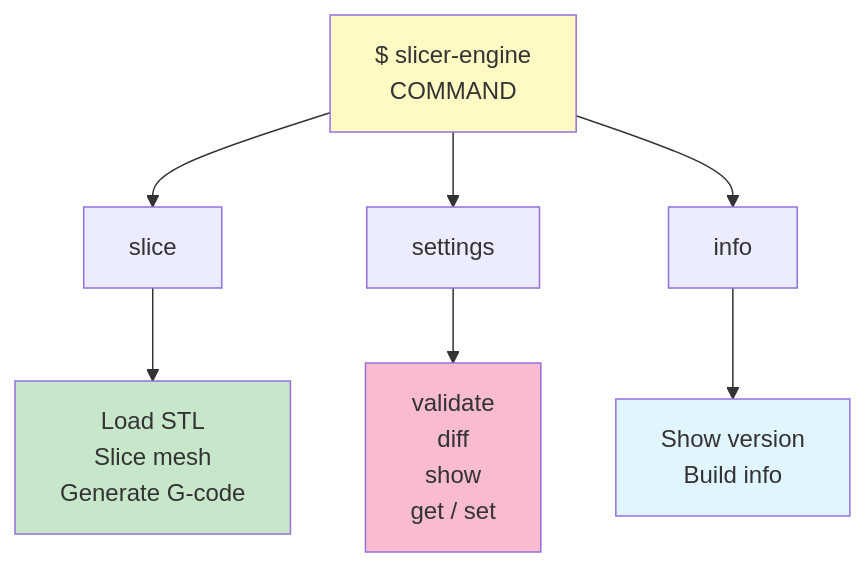
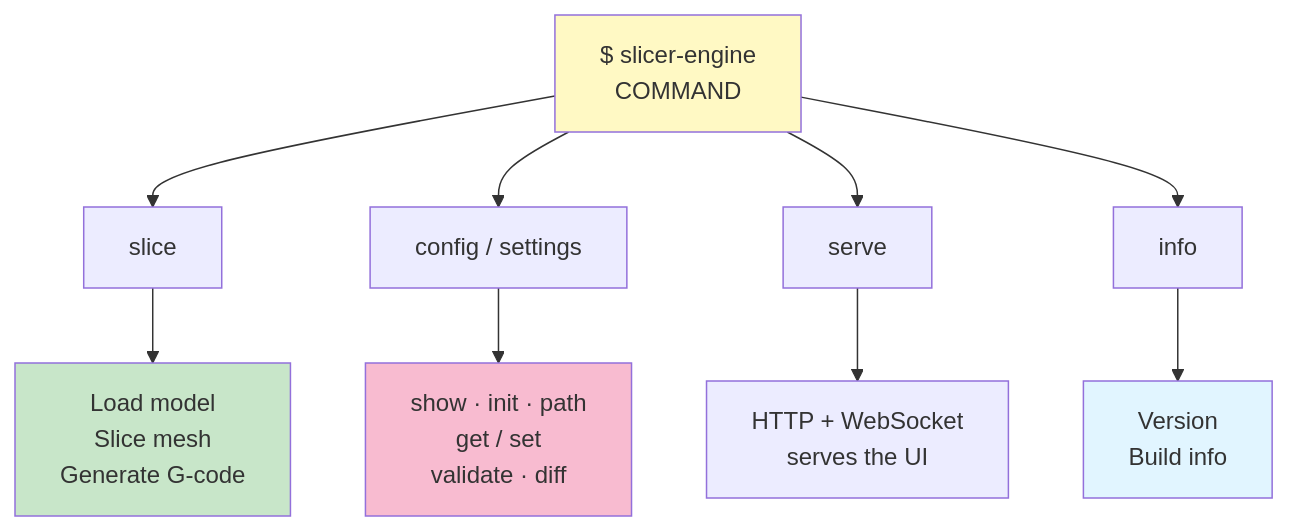
The diagram in src/cli/README.md (ColdCrabby/slicer), drawn with Mermaid before and after one commit. The commit also changed other lines of this file and 33 other files, not shown here.

````diff
--- a/src/cli/README.md
+++ b/src/cli/README.md
@@ -7,19 +17,22 @@
 ```mermaid
 graph TB
     CLI["$ slicer-engine<br/>COMMAND"]
-    
+
     CLI --> SLICE["slice"]
-    CLI --> SETTINGS["settings"]
+    CLI --> CONFIG["config / settings"]
+    CLI --> SERVE["serve"]
     CLI --> INFO["info"]
-    
-    SLICE --> SU["Load STL<br/>Slice mesh<br/>Generate G-code"]
-    
-    SETTINGS --> SV["validate<br/>diff<br/>show<br/>get / set"]
-    
-    INFO --> IV["Show version<br/>Build info"]
-    
+
+    SLICE --> SU["Load model<br/>Slice mesh<br/>Generate G-code"]
+
+    CONFIG --> SV["show · init · path<br/>get / set<br/>validate · diff"]
+
+    SERVE --> SS["HTTP + WebSocket<br/>serves the UI"]
+
+    INFO --> IV["Version<br/>Build info"]
+
     style CLI fill:#fff9c4
     style SU fill:#c8e6c9
     style SV fill:#f8bbd0
     style IV fill:#e1f5ff
 ```
````
